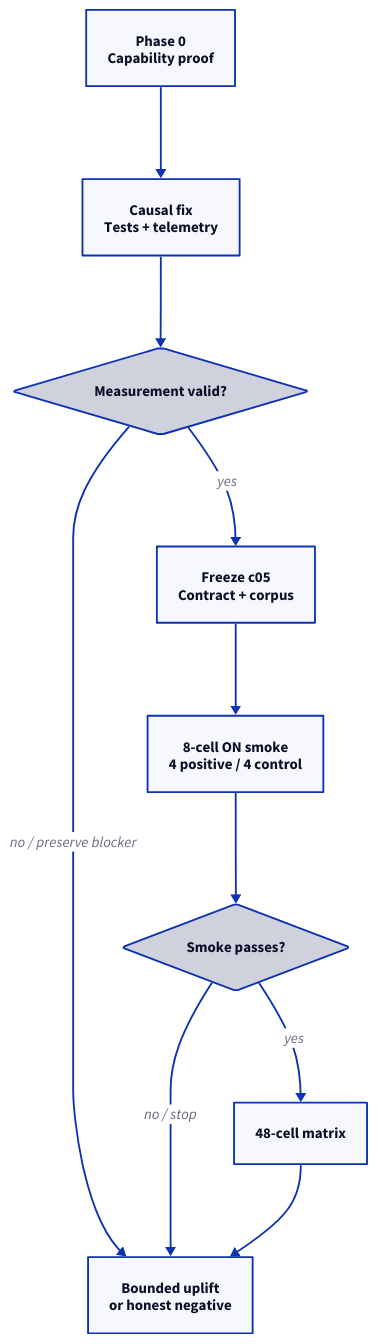
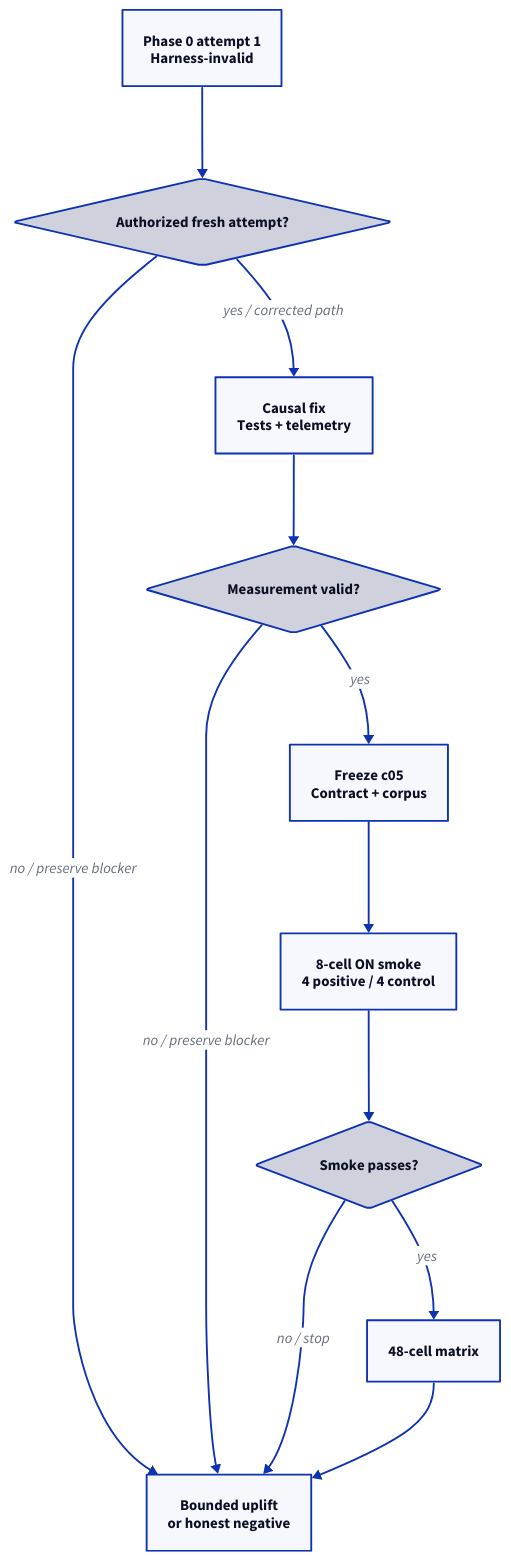
The diagram in docs/c05-status.d2 (cgint/pi-ai-consortium), drawn with D2 before and after one commit. The commit also changed 5 other files, not shown here.

Commit message:
docs: preserve invalid c05 phase zero attempt

```diff
--- a/docs/c05-status.d2
+++ b/docs/c05-status.d2
@@ -1,20 +1,23 @@
 direction: down
 
-compat: "Phase 0\nCapability proof"
+compat: "Phase 0 attempt 1\nHarness-invalid"
+unblock: "Authorized fresh attempt?" {shape: diamond}
 causal: "Causal fix\nTests + telemetry"
 decision: "Measurement valid?" {shape: diamond}
 freeze: "Freeze c05\nContract + corpus"
 smoke: "8-cell ON smoke\n4 positive / 4 control"
 smoke_gate: "Smoke passes?" {shape: diamond}
 matrix: "48-cell matrix"
 closure: "Bounded uplift\nor honest negative"
 
-compat -> causal
+compat -> unblock
+unblock -> causal: yes / corrected path
+unblock -> closure: no / preserve blocker
 causal -> decision
 decision -> freeze: yes
 decision -> closure: no / preserve blocker
 freeze -> smoke
 smoke -> smoke_gate
 smoke_gate -> matrix: yes
 smoke_gate -> closure: no / stop
 matrix -> closure
```
